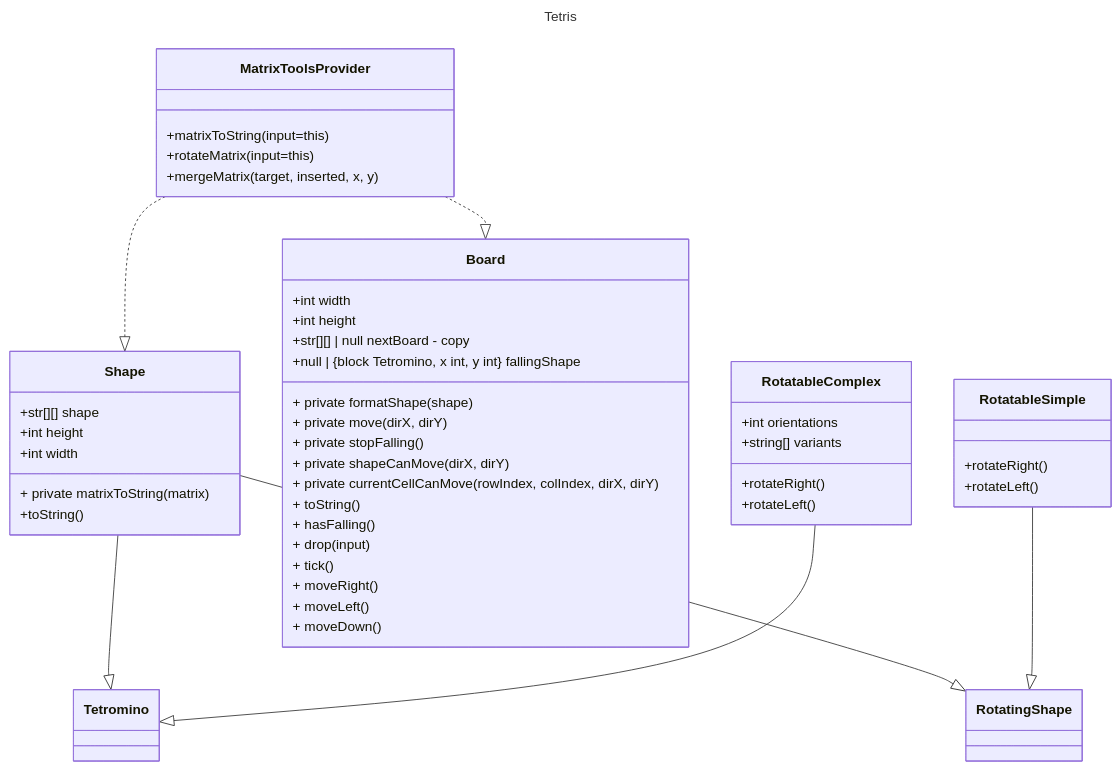
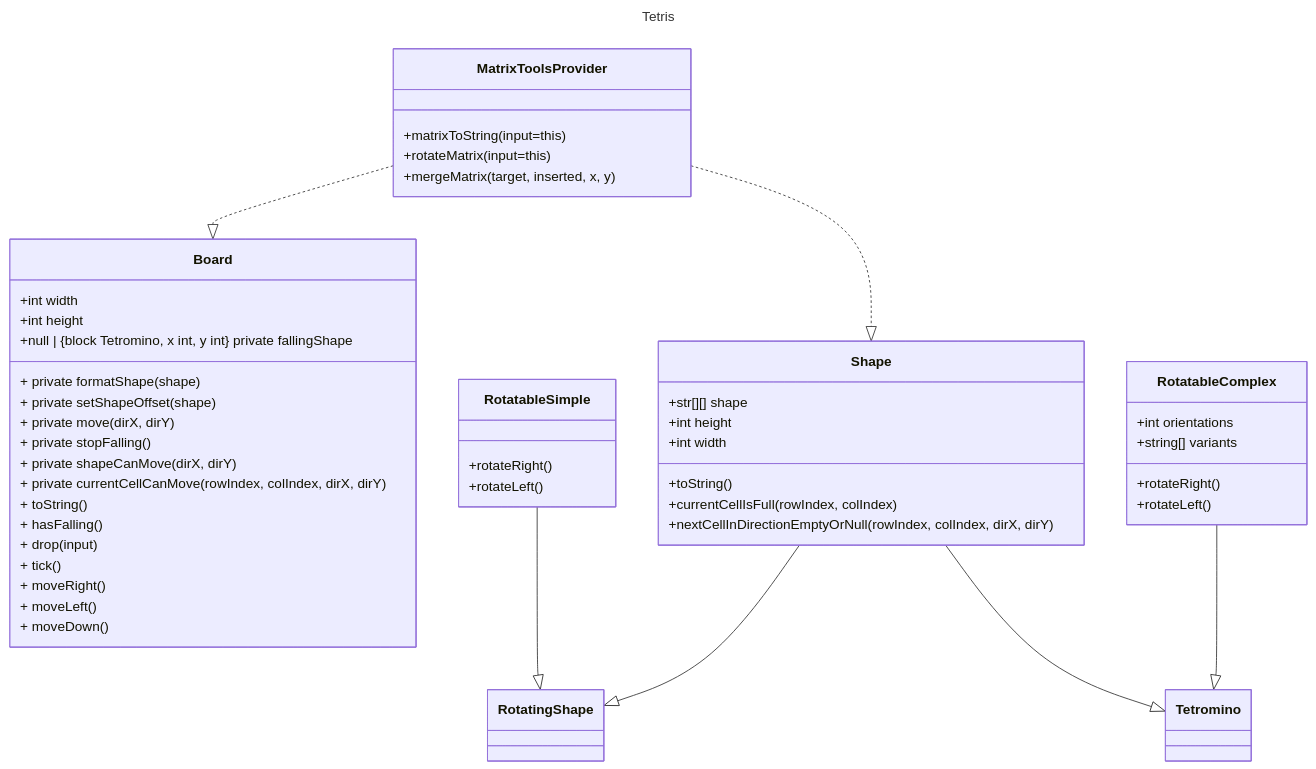
The diagram in docs/diagram_changes.md (gros-pataplouf/tetris_tdd), drawn with Mermaid before and after one commit. The commit also changed 1 other file, not shown here.

Commit message:
update class diagram

````diff
--- a/docs/diagram_changes.md
+++ b/docs/diagram_changes.md
@@ -1,44 +1,46 @@
 ```mermaid
 ---
 title: Tetris
 ---
 
  
 classDiagram
+    MatrixToolsProvider ..|> Board
     MatrixToolsProvider ..|> Shape
-    MatrixToolsProvider ..|> Board
     MatrixToolsProvider: +matrixToString(input=this)
     MatrixToolsProvider: +rotateMatrix(input=this)
     MatrixToolsProvider: +mergeMatrix(target, inserted, x, y)
+    RotatableSimple --|> RotatingShape
+    Shape --|> RotatingShape
     Shape --|> Tetromino
     RotatableComplex --|> Tetromino
-    Shape --|> RotatingShape
-    RotatableSimple --|> RotatingShape
     RotatableSimple: +rotateRight()
     RotatableSimple: +rotateLeft()
     RotatableComplex: +int orientations
     RotatableComplex: +string[] variants
     RotatableComplex: +rotateRight()
     RotatableComplex: +rotateLeft()
     Shape: +str[][] shape
     Shape: +int height
     Shape: +int width
-    Shape: + private matrixToString(matrix)
     Shape: +toString()
+    Shape: +currentCellIsFull(rowIndex, colIndex)
+    Shape: +nextCellInDirectionEmptyOrNull(rowIndex, colIndex, dirX, dirY)
+
     Board: +int width
     Board: +int height
-    Board: +str[][] | null nextBoard - copy
-    Board: +null | {block Tetromino, x int, y int} fallingShape 
+    Board: +null | {block Tetromino, x int, y int} private fallingShape 
     Board: + private formatShape(shape)
+    Board: + private setShapeOffset(shape)
     Board: + private move(dirX, dirY)
     Board: + private stopFalling()
     Board: + private shapeCanMove(dirX, dirY)
     Board: + private currentCellCanMove(rowIndex, colIndex, dirX, dirY)
     Board: + toString()
     Board: + hasFalling()
     Board: + drop(input)
     Board: + tick()
     Board: + moveRight()
     Board: + moveLeft()
     Board: + moveDown()
 ```
````
